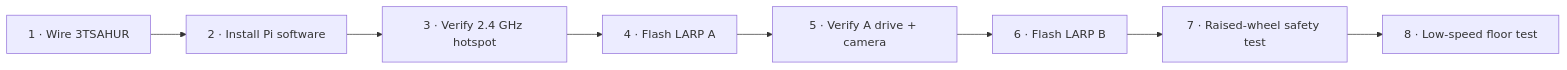
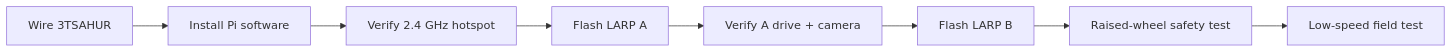
One commit to william-thompsonthe1st/STEM-Research-Academy changed the first of 7 diagrams in README.md. Above: the diagram before and after it, drawn with Mermaid. The commit also changed other lines of this file, not shown here.

Commit message:
docs: add future research roadmap

````diff
--- a/README.md
+++ b/README.md
@@ -27,10 +18,10 @@
 ```mermaid
 flowchart LR
-    A["1 · Wire 3TSAHUR"] --> B["2 · Install Pi software"]
-    B --> C["3 · Verify 2.4 GHz hotspot"]
-    C --> D["4 · Flash LARP A"]
-    D --> E["5 · Verify A drive + camera"]
-    E --> F["6 · Flash LARP B"]
-    F --> G["7 · Raised-wheel safety test"]
-    G --> H["8 · Low-speed floor test"]
+    A["Wire 3TSAHUR"] --> B["Install Pi software"]
+    B --> C["Verify 2.4 GHz hotspot"]
+    C --> D["Flash LARP A"]
+    D --> E["Verify A drive + camera"]
+    E --> F["Flash LARP B"]
+    F --> G["Raised-wheel safety test"]
+    G --> H["Low-speed field test"]
 ```
````
